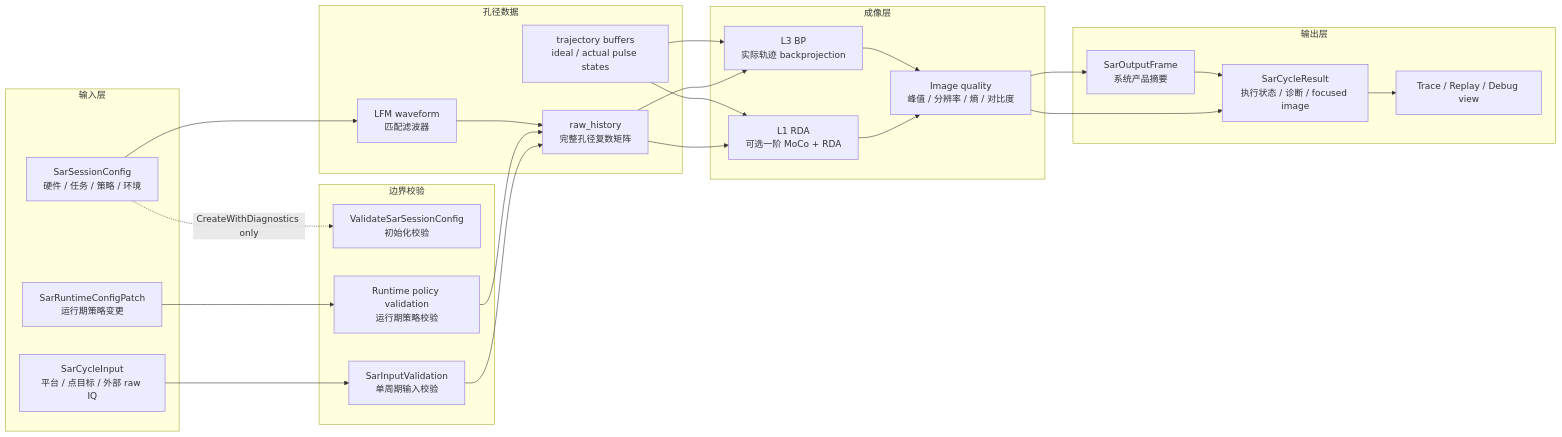
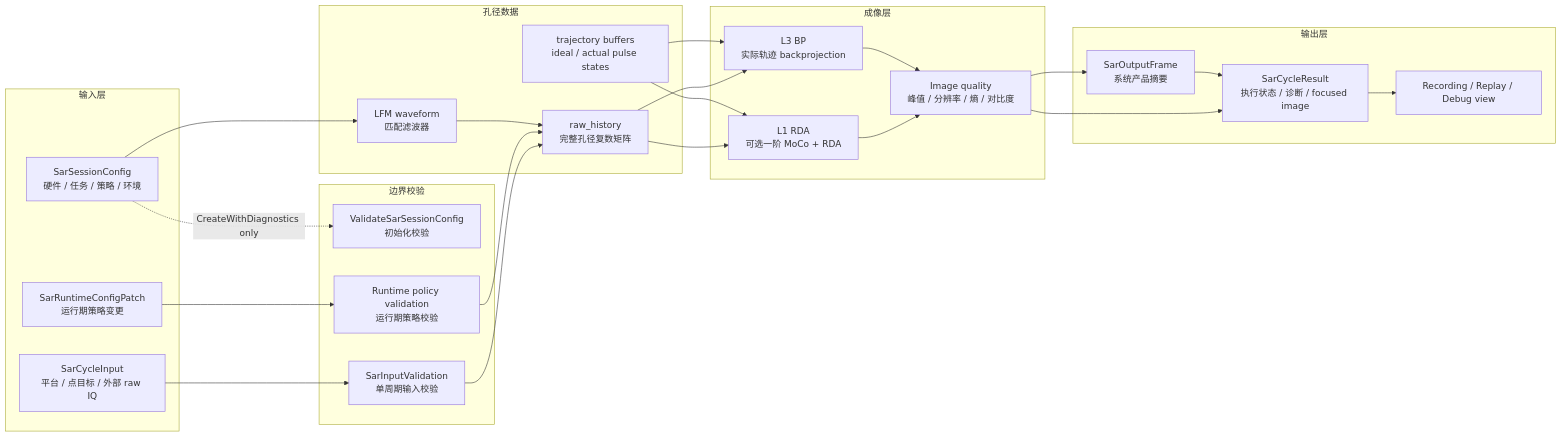
Before and after one commit to boilwater-3/1q: the third of 4 diagrams in docs/sar/data-flow.md, drawn with Mermaid. The commit also changed other lines of this file and 100 other files, not shown here.

First line of the commit message:
refactor: collapse observability to envelope facts plus Replay persistence

````diff
--- a/docs/sar/data-flow.md
+++ b/docs/sar/data-flow.md
@@ -130,50 +130,50 @@
 ```mermaid
 flowchart LR
   subgraph Input["输入层"]
     Config["SarSessionConfig\n硬件 / 任务 / 策略 / 环境"]
     Cycle["SarCycleInput\n平台 / 点目标 / 外部 raw IQ"]
     Patch["SarRuntimeConfigPatch\n运行期策略变更"]
   end
 
   subgraph Gate["边界校验"]
     ConfigCheck["ValidateSarSessionConfig\n初始化校验"]
     StepCheck["SarInputValidation\n单周期输入校验"]
     PolicyCheck["Runtime policy validation\n运行期策略校验"]
   end
 
   subgraph Aperture["孔径数据"]
     Waveform["LFM waveform\n匹配滤波器"]
     RawHistory["raw_history\n完整孔径复数矩阵"]
     Trajectory["trajectory buffers\nideal / actual pulse states"]
   end
 
   subgraph Imaging["成像层"]
     Rda["L1 RDA\n可选一阶 MoCo + RDA"]
     Bp["L3 BP\n实际轨迹 backprojection"]
     Quality["Image quality\n峰值 / 分辨率 / 熵 / 对比度"]
   end
 
   subgraph Output["输出层"]
     Frame["SarOutputFrame\n系统产品摘要"]
     Result["SarCycleResult\n执行状态 / 诊断 / focused image"]
-    Observability["Trace / Replay / Debug view"]
+    Observability["Recording / Replay / Debug view"]
   end
 
   Config -. "CreateWithDiagnostics only" .-> ConfigCheck
   Config --> Waveform
   Patch --> PolicyCheck
   Cycle --> StepCheck
   StepCheck --> RawHistory
   PolicyCheck --> RawHistory
   Waveform --> RawHistory
   RawHistory --> Rda
   Trajectory --> Rda
   RawHistory --> Bp
   Trajectory --> Bp
   Rda --> Quality
   Bp --> Quality
   Quality --> Frame
   Quality --> Result
   Frame --> Result
   Result --> Observability
 ```
````
